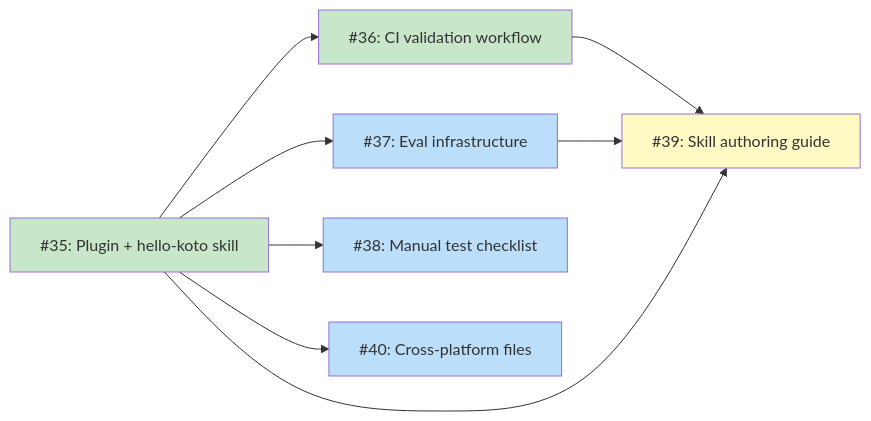
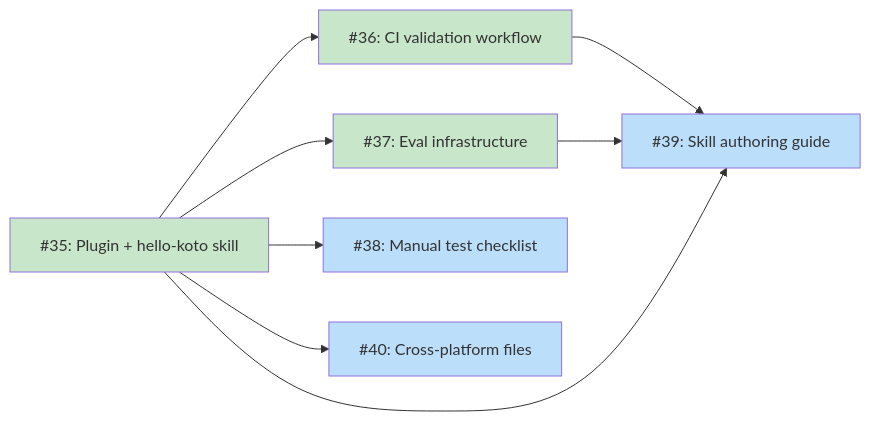
The diagram in docs/designs/DESIGN-koto-agent-integration.md (tsukumogami/koto), drawn with Mermaid before and after one commit. The commit also changed other lines of this file and 2 other files, not shown here.

Commit message:
docs: mark #37 as done, update dependency diagram

````diff
--- a/docs/designs/DESIGN-koto-agent-integration.md
+++ b/docs/designs/DESIGN-koto-agent-integration.md
@@ -51,27 +51,26 @@
 ```mermaid
 graph LR
     I35["#35: Plugin + hello-koto skill"]
     I36["#36: CI validation workflow"]
     I37["#37: Eval infrastructure"]
     I38["#38: Manual test checklist"]
     I39["#39: Skill authoring guide"]
     I40["#40: Cross-platform files"]
 
     I35 --> I36
     I35 --> I37
     I35 --> I38
     I35 --> I40
     I36 --> I39
     I37 --> I39
     I35 --> I39
 
     classDef done fill:#c8e6c9
     classDef ready fill:#bbdefb
     classDef blocked fill:#fff9c4
     classDef needsDesign fill:#e1bee7
     classDef tracksDesign fill:#FFE0B2,stroke:#F57C00,color:#000
 
-    class I35,I36 done
-    class I37,I38,I40 ready
-    class I39 blocked
+    class I35,I36,I37 done
+    class I38,I39,I40 ready
 ```
````
